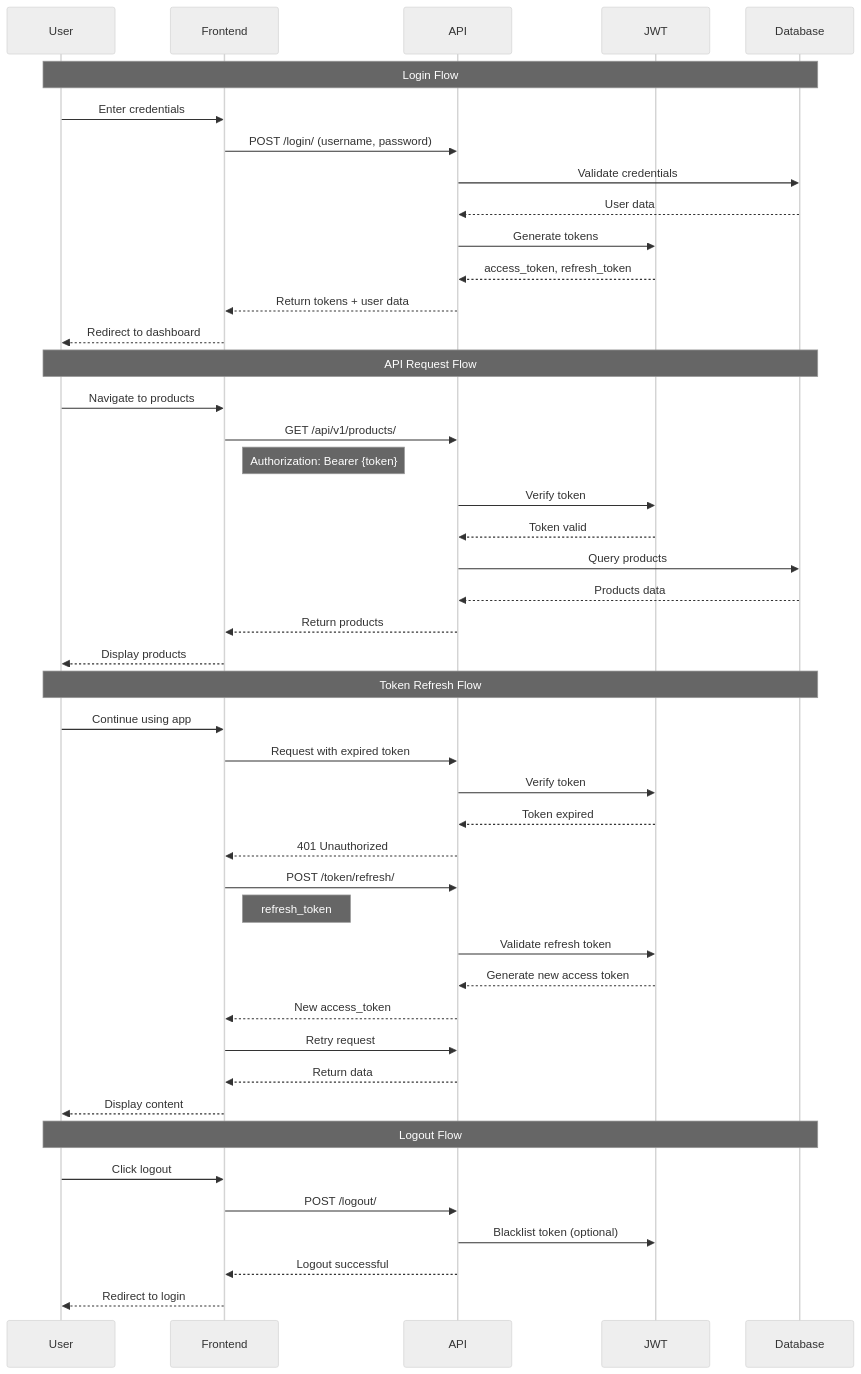
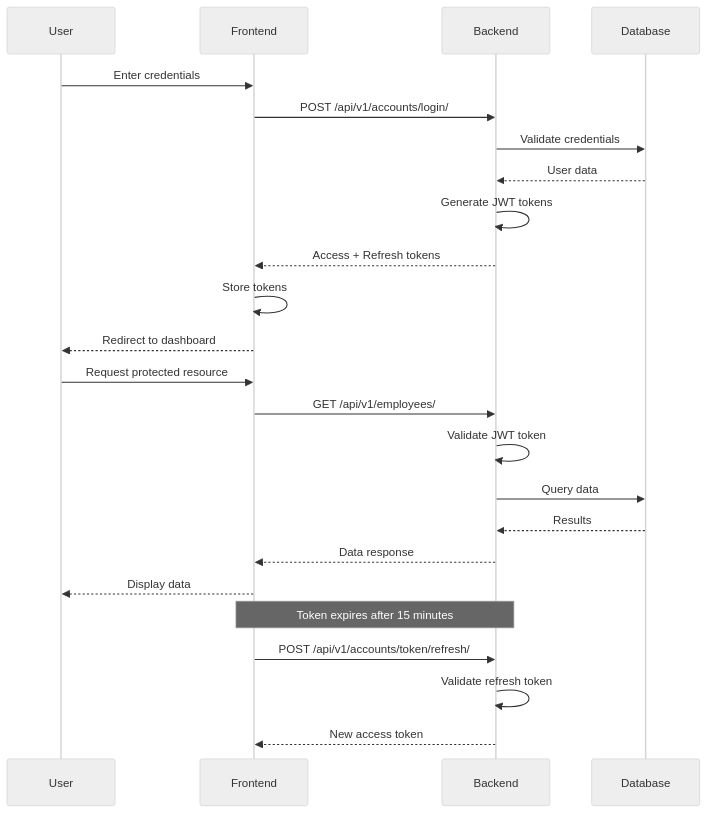
One commit to GabrielDLobo/01-PortalRH changed the third of 18 diagrams in docs/system-modeling.md. Above: the diagram before and after it, drawn with Mermaid (neutral theme). The commit also changed other lines of this file and 60 other files, not shown here.

````diff
--- a/docs/system-modeling.md
+++ b/docs/system-modeling.md
@@ -217,55 +89,29 @@
 ```mermaid
 sequenceDiagram
     participant User
     participant Frontend
-    participant API
-    participant JWT
+    participant Backend
     participant Database
     
-    Note over User,Database: Login Flow
-    
     User->>Frontend: Enter credentials
-    Frontend->>API: POST /login/ (username, password)
-    API->>Database: Validate credentials
-    Database-->>API: User data
-    API->>JWT: Generate tokens
-    JWT-->>API: access_token, refresh_token
-    API-->>Frontend: Return tokens + user data
+    Frontend->>Backend: POST /api/v1/accounts/login/
+    Backend->>Database: Validate credentials
+    Database-->>Backend: User data
+    Backend->>Backend: Generate JWT tokens
+    Backend-->>Frontend: Access + Refresh tokens
+    Frontend->>Frontend: Store tokens
     Frontend-->>User: Redirect to dashboard
     
-    Note over User,Database: API Request Flow
+    User->>Frontend: Request protected resource
+    Frontend->>Backend: GET /api/v1/employees/
+    Backend->>Backend: Validate JWT token
+    Backend->>Database: Query data
+    Database-->>Backend: Results
+    Backend-->>Frontend: Data response
+    Frontend-->>User: Display data
     
-    User->>Frontend: Navigate to products
-    Frontend->>API: GET /api/v1/products/
-    Note right of Frontend: Authorization: Bearer {token}
-    API->>JWT: Verify token
-    JWT-->>API: Token valid
-    API->>Database: Query products
-    Database-->>API: Products data
-    API-->>Frontend: Return products
-    Frontend-->>User: Display products
-    
-    Note over User,Database: Token Refresh Flow
-    
-    User->>Frontend: Continue using app
-    Frontend->>API: Request with expired token
-    API->>JWT: Verify token
-    JWT-->>API: Token expired
-    API-->>Frontend: 401 Unauthorized
-    Frontend->>API: POST /token/refresh/
-    Note right of Frontend: refresh_token
-    API->>JWT: Validate refresh token
-    JWT-->>API: Generate new access token
-    API-->>Frontend: New access_token
-    Frontend->>API: Retry request
-    API-->>Frontend: Return data
-    Frontend-->>User: Display content
-    
-    Note over User,Database: Logout Flow
-    
-    User->>Frontend: Click logout
-    Frontend->>API: POST /logout/
-    API->>JWT: Blacklist token (optional)
-    API-->>Frontend: Logout successful
-    Frontend-->>User: Redirect to login
+    Note over Frontend,Backend: Token expires after 15 minutes
+    Frontend->>Backend: POST /api/v1/accounts/token/refresh/
+    Backend->>Backend: Validate refresh token
+    Backend-->>Frontend: New access token
 ```
````
